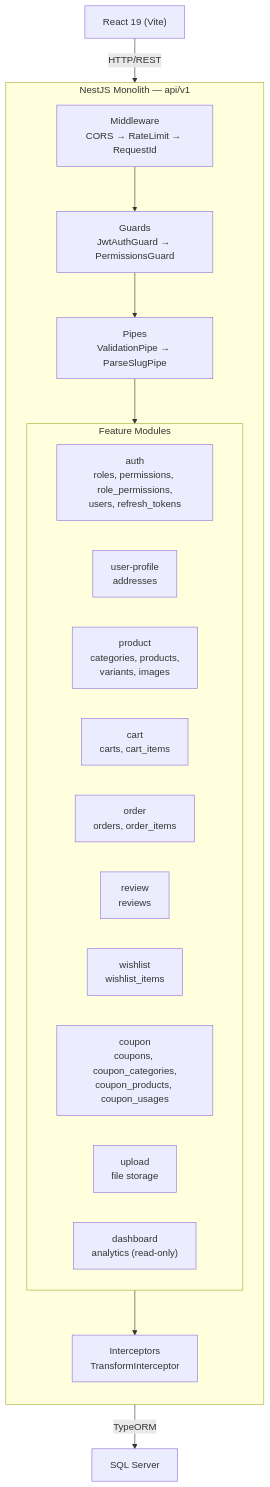
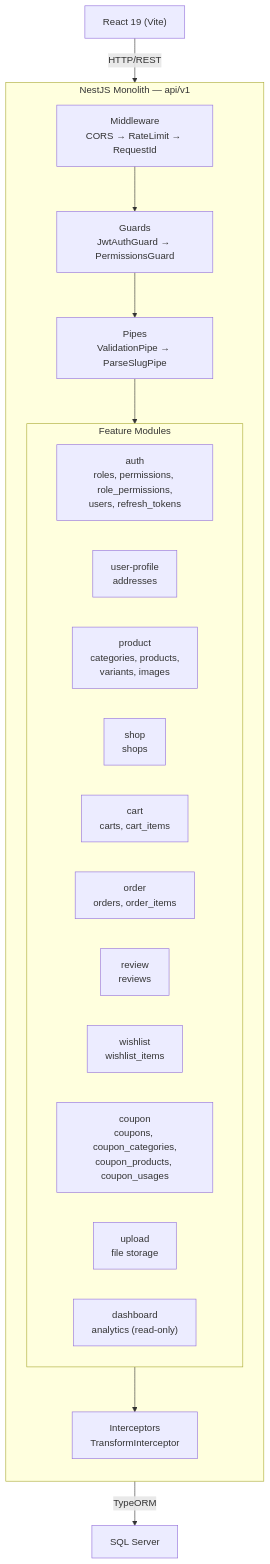
Before and after one commit to Hy-Khang/E-commerce-shop-Amazon-: the first of 3 diagrams in backend-nestjs/docs/BE-ARCHITECTURE.md, drawn with Mermaid. The commit also changed other lines of this file and 80 other files, not shown here.

````diff
--- a/backend-nestjs/docs/BE-ARCHITECTURE.md
+++ b/backend-nestjs/docs/BE-ARCHITECTURE.md
@@ -5,28 +5,29 @@
 ```mermaid
 graph TB
     Client["React 19 (Vite)"] -->|HTTP/REST| API["NestJS API Monolith"]
     API -->|TypeORM| DB["SQL Server"]
 
     subgraph API["NestJS Monolith — api/v1"]
         direction TB
         MW["Middleware<br/>CORS → RateLimit → RequestId"]
         MW --> Guards["Guards<br/>JwtAuthGuard → PermissionsGuard"]
         Guards --> Pipes["Pipes<br/>ValidationPipe → ParseSlugPipe"]
         Pipes --> Features
 
         subgraph Features["Feature Modules"]
             Auth["auth<br/>roles, permissions, role_permissions,<br/>users, refresh_tokens"]
             UP["user-profile<br/>addresses"]
             Prod["product<br/>categories, products,<br/>variants, images"]
+            Shop["shop<br/>shops"]
             Cart["cart<br/>carts, cart_items"]
             Order["order<br/>orders, order_items"]
             Review["review<br/>reviews"]
             Wishlist["wishlist<br/>wishlist_items"]
             Coupon["coupon<br/>coupons, coupon_categories,<br/>coupon_products, coupon_usages"]
             Upload["upload<br/>file storage"]
             Dashboard["dashboard<br/>analytics (read-only)"]
         end
 
         Features --> INT["Interceptors<br/>TransformInterceptor"]
     end
 ```
````
